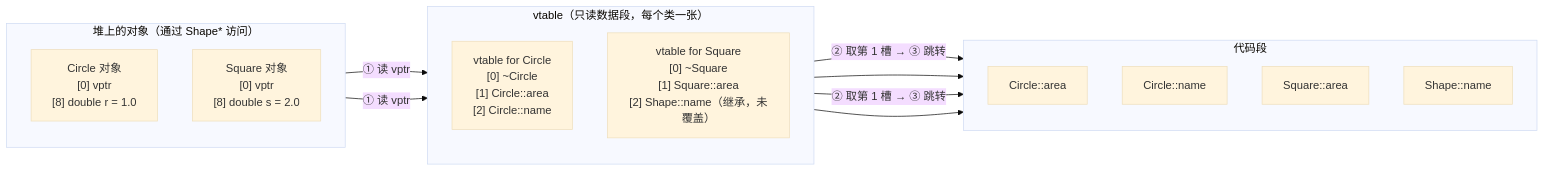
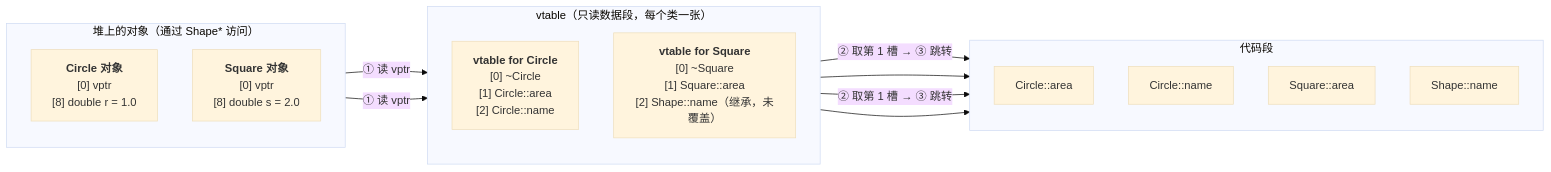
Before and after one commit to arganzheng/arganzheng.github.com: the first of 2 diagrams in _posts/2026-02-08-cpp-polymorphism-and-type-erasure.md, drawn with Mermaid (base theme). The commit also changed other lines of this file and 7 other files, not shown here.

First line of the commit message:
C++ 在 AI-Infra：从对象模型到算子扩展：Mermaid 多行方框的首行标为标题（8 篇）

````diff
--- a/_posts/2026-02-08-cpp-polymorphism-and-type-erasure.md
+++ b/_posts/2026-02-08-cpp-polymorphism-and-type-erasure.md
@@ -181,27 +181,27 @@
 ```mermaid
 %% 图：vtable 的三次跳转：对象 → vptr → 槽位 → 函数，Square 未覆盖的 name 仍指向 Shape::name
 flowchart LR
     subgraph objs["堆上的对象（通过 Shape* 访问）"]
         direction TB
-        C["Circle 对象<br/>[0] vptr<br/>[8] double r = 1.0"]
-        S["Square 对象<br/>[0] vptr<br/>[8] double s = 2.0"]
+        C["<b>Circle 对象</b><br/>[0] vptr<br/>[8] double r = 1.0"]
+        S["<b>Square 对象</b><br/>[0] vptr<br/>[8] double s = 2.0"]
     end
     subgraph vt["vtable（只读数据段，每个类一张）"]
         direction TB
-        VC["vtable for Circle<br/>[0] ~Circle<br/>[1] Circle::area<br/>[2] Circle::name"]
-        VS["vtable for Square<br/>[0] ~Square<br/>[1] Square::area<br/>[2] Shape::name（继承，未覆盖）"]
+        VC["<b>vtable for Circle</b><br/>[0] ~Circle<br/>[1] Circle::area<br/>[2] Circle::name"]
+        VS["<b>vtable for Square</b><br/>[0] ~Square<br/>[1] Square::area<br/>[2] Shape::name（继承，未覆盖）"]
     end
     subgraph fn["代码段"]
         direction TB
         F1["Circle::area"]
         F2["Circle::name"]
         F3["Square::area"]
         F4["Shape::name"]
     end
     C -- "① 读 vptr" --> VC
     S -- "① 读 vptr" --> VS
     VC -- "② 取第 1 槽 → ③ 跳转" --> F1
     VC --> F2
     VS -- "② 取第 1 槽 → ③ 跳转" --> F3
     VS --> F4
 ```
````
